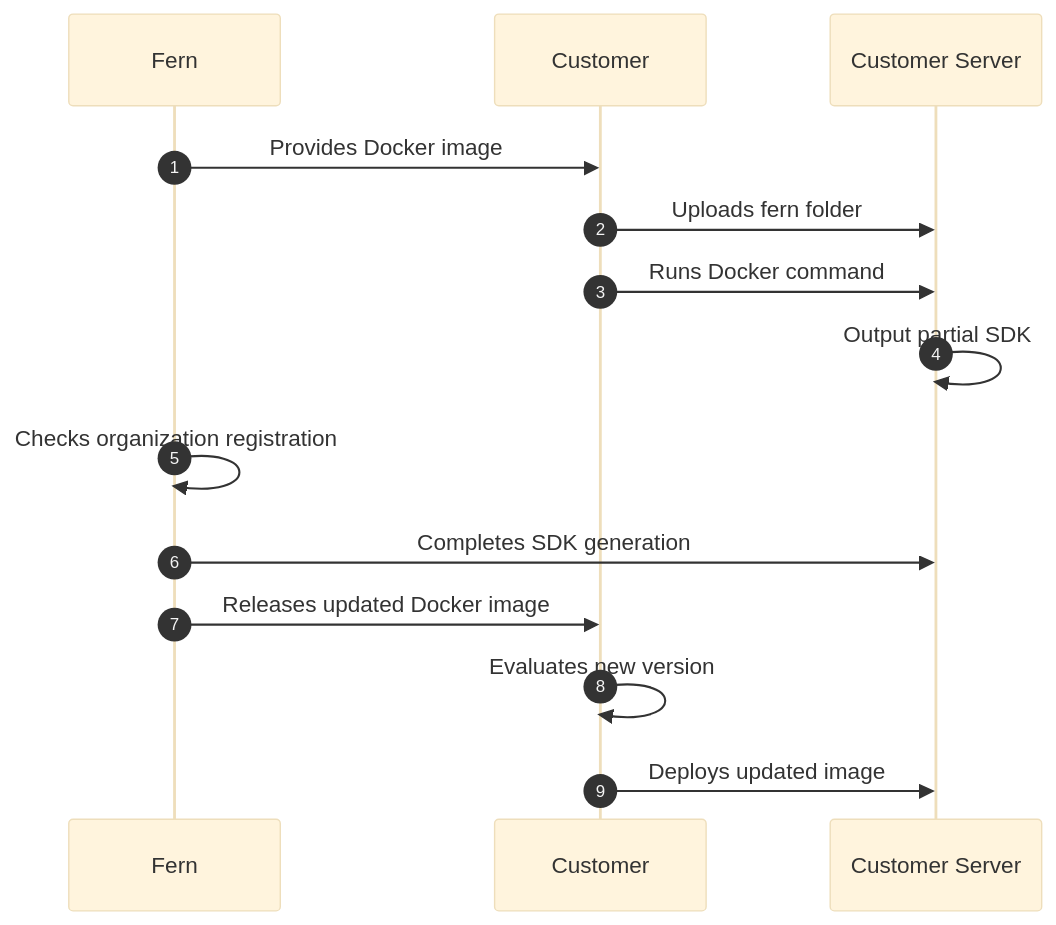
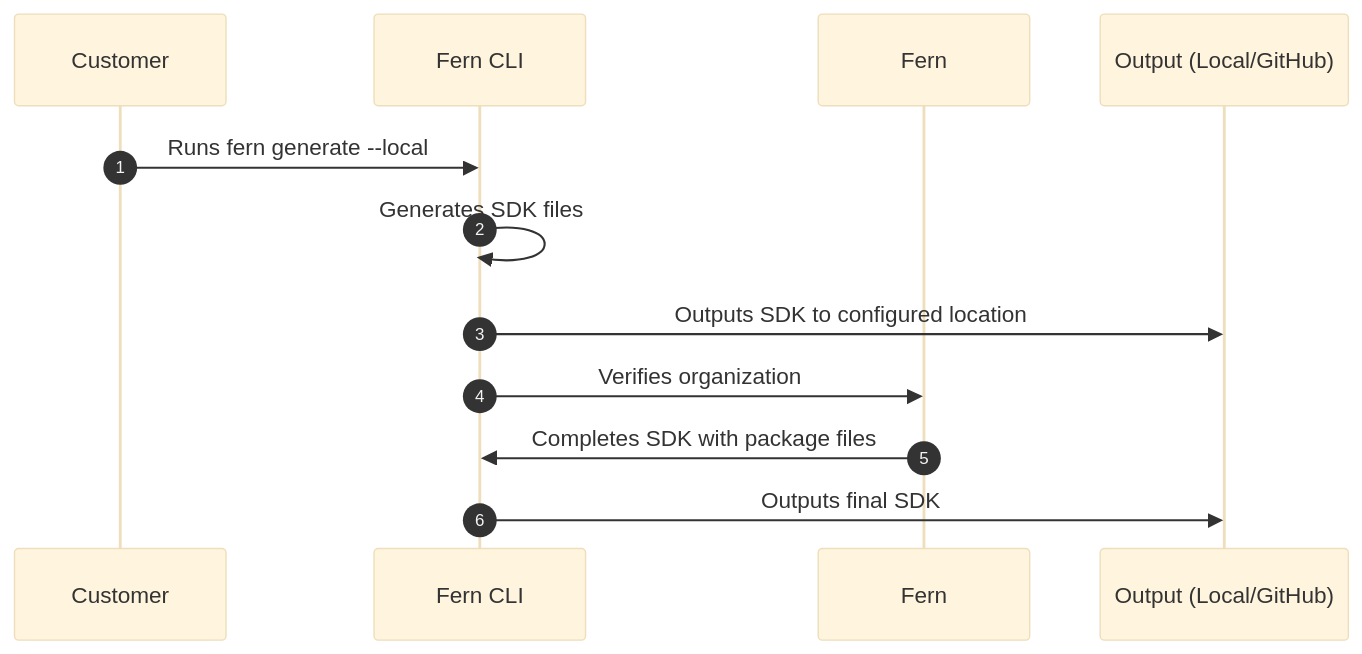
The diagram in fern/products/sdks/guides/self-hosted.mdx (fern-api/docs), drawn with Mermaid (base theme) before and after one commit. The commit also changed other lines of this file, not shown here.

Commit message:
docs: remove Docker image references from self-hosted SDK documentation

````diff
--- a/fern/products/sdks/guides/self-hosted.mdx
+++ b/fern/products/sdks/guides/self-hosted.mdx
@@ -95,16 +91,14 @@
 ```mermaid
 sequenceDiagram
     autonumber
+    participant C as Customer
+    participant CLI as Fern CLI
     participant F as Fern
-    participant C as Customer
-    participant S as Customer Server
-    F->>C: Provides Docker image
-    C->>S: Uploads fern folder
-    C->>S: Runs Docker command
-    S->>S: Output partial SDK
-    F->>F: Checks organization registration
-    F->>S: Completes SDK generation
-    F->>C: Releases updated Docker image
-    C->>C: Evaluates new version
-    C->>S: Deploys updated image
+    participant O as Output (Local/GitHub)
+    C->>CLI: Runs fern generate --local
+    CLI->>CLI: Generates SDK files
+    CLI->>O: Outputs SDK to configured location
+    CLI->>F: Verifies organization
+    F->>CLI: Completes SDK with package files
+    CLI->>O: Outputs final SDK
 ```
````
